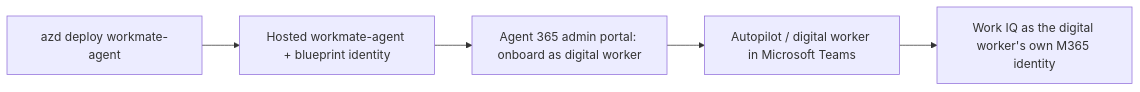
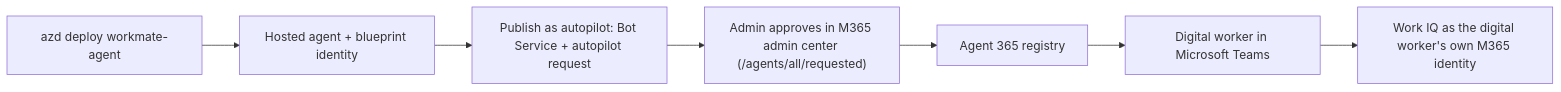
The diagram in docs/teams.md (aycabas/iqdeepdive-workiq), drawn with Mermaid before and after one commit. The commit also changed other lines of this file and 2 other files, not shown here.

First line of the commit message:
Correct A365 registry flow: autopilot request + Bot Service + admin approval

````diff
--- a/docs/teams.md
+++ b/docs/teams.md
@@ -32,7 +31,9 @@
 ```mermaid
 flowchart LR
-  azd[azd deploy workmate-agent] --> agent[Hosted workmate-agent + blueprint identity]
-  agent --> a365["Agent 365 admin portal: onboard as digital worker"]
-  a365 --> teams[Autopilot / digital worker in Microsoft Teams]
+  azd[azd deploy workmate-agent] --> agent[Hosted agent + blueprint identity]
+  agent --> pub[Publish as autopilot: Bot Service + autopilot request]
+  pub --> approve["Admin approves in M365 admin center (/agents/all/requested)"]
+  approve --> reg[Agent 365 registry]
+  reg --> teams[Digital worker in Microsoft Teams]
   teams --> obo[Work IQ as the digital worker's own M365 identity]
 ```
````
